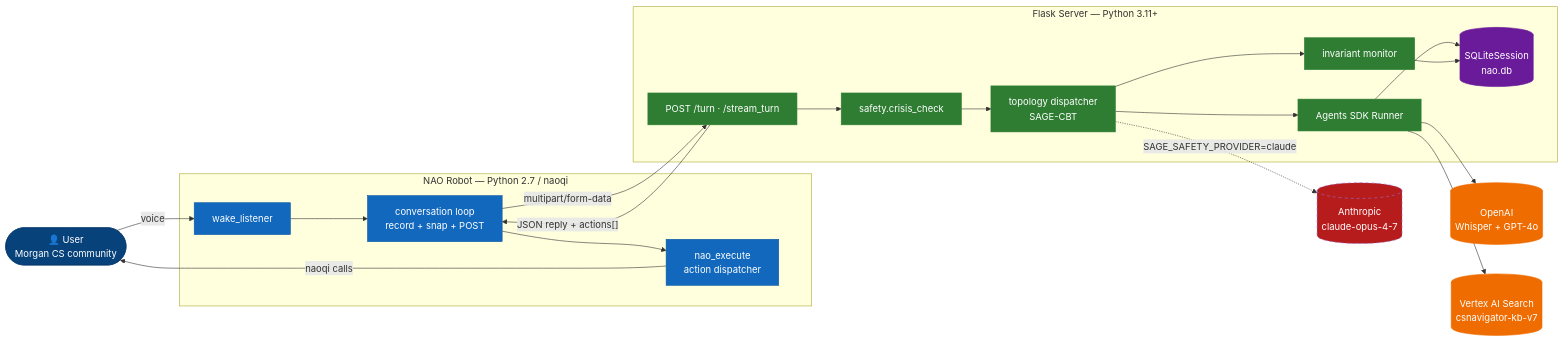
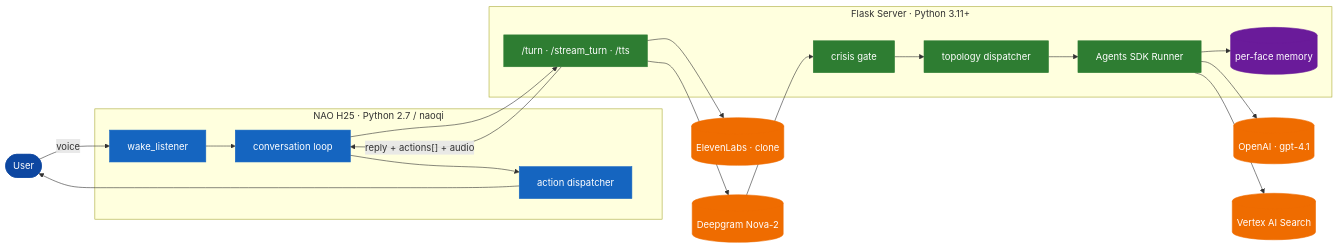
Before and after one commit to theaayushstha1/Nao-OpenAI-Morgan-Assist: the first of 4 diagrams in README.md, drawn with Mermaid. The commit also changed other lines of this file and 1 other file, not shown here.

````diff
--- a/README.md
+++ b/README.md
@@ -280,42 +49,37 @@
 ```mermaid
 flowchart LR
-    classDef person fill:#08427b,stroke:#073b6f,color:#fff
-    classDef robot fill:#1168bd,stroke:#0d5aa5,color:#fff
-    classDef server fill:#2e7d32,stroke:#2e7d32,color:#fff
-    classDef db fill:#6a1b9a,stroke:#6a1b9a,color:#fff
-    classDef ext fill:#ef6c00,stroke:#ef6c00,color:#fff
-    classDef opt stroke-dasharray: 5 5,fill:#b71c1c,color:#fff
+    classDef person fill:#0d47a1,stroke:#0d47a1,color:#fff
+    classDef robot  fill:#1565c0,stroke:#1565c0,color:#fff
+    classDef srv    fill:#2e7d32,stroke:#2e7d32,color:#fff
+    classDef ext    fill:#ef6c00,stroke:#ef6c00,color:#fff
+    classDef db     fill:#6a1b9a,stroke:#6a1b9a,color:#fff
 
-    USER([👤 User<br/>Morgan CS community]):::person
+    U([User]):::person
 
-    subgraph NAO[NAO Robot — Python 2.7 / naoqi]
+    subgraph NAO["NAO H25 · Python 2.7 / naoqi"]
         WAKE[wake_listener]:::robot
-        CONV[conversation loop<br/>record + snap + POST]:::robot
-        EXEC[nao_execute<br/>action dispatcher]:::robot
+        CONV[conversation loop]:::robot
+        EXEC[action dispatcher]:::robot
     end
 
-    subgraph SRV[Flask Server — Python 3.11+]
-        API["POST /turn · /stream_turn"]:::server
-        GATE[safety.crisis_check]:::server
-        TOPO[topology dispatcher<br/>SAGE-CBT]:::server
-        RUN[Agents SDK Runner]:::server
-        SESS[(SQLiteSession<br/>nao.db)]:::db
-        INV[invariant monitor]:::server
+    subgraph SRV["Flask Server · Python 3.11+"]
+        API["/turn · /stream_turn · /tts"]:::srv
+        GATE[crisis gate]:::srv
+        TOPO[topology dispatcher]:::srv
+        RUN[Agents SDK Runner]:::srv
+        MEM[(per-face memory)]:::db
     end
 
-    OAI[(OpenAI<br/>Whisper + GPT-4o)]:::ext
-    VAI[(Vertex AI Search<br/>csnavigator-kb-v7)]:::ext
-    ANT[(Anthropic<br/>claude-opus-4-7)]:::opt
+    DG[(Deepgram Nova-2)]:::ext
+    OAI[(OpenAI · gpt-4.1)]:::ext
+    EL[(ElevenLabs · clone)]:::ext
+    VAI[(Vertex AI Search)]:::ext
 
-    USER -- voice --> WAKE
-    WAKE --> CONV
-    CONV -- multipart/form-data --> API
-    API --> GATE --> TOPO --> RUN
-    RUN --> SESS
+    U -- voice --> WAKE --> CONV --> API
+    API --> DG --> GATE --> TOPO --> RUN
     RUN --> OAI
     RUN --> VAI
-    TOPO -. SAGE_SAFETY_PROVIDER=claude .-> ANT
-    TOPO --> INV --> SESS
-    API -- JSON reply + actions[] --> CONV
-    CONV --> EXEC -- naoqi calls --> USER
+    RUN --> MEM
+    API --> EL
+    API -- reply + actions[] + audio --> CONV --> EXEC --> U
 ```
````
